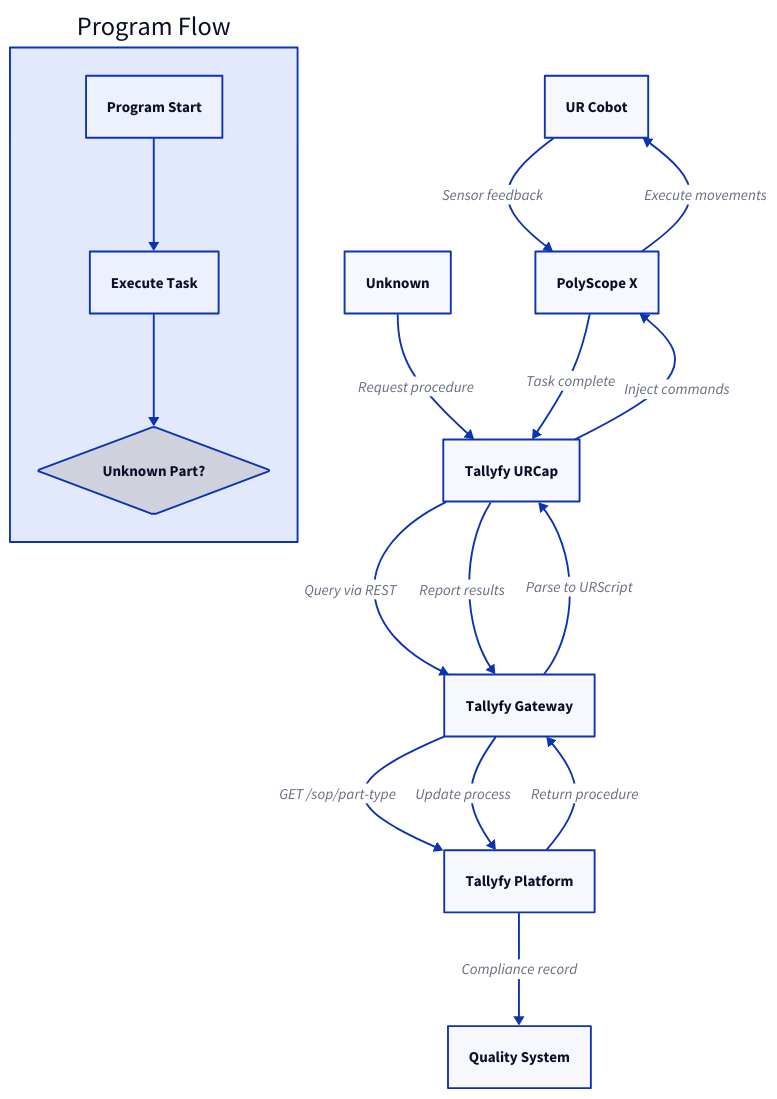
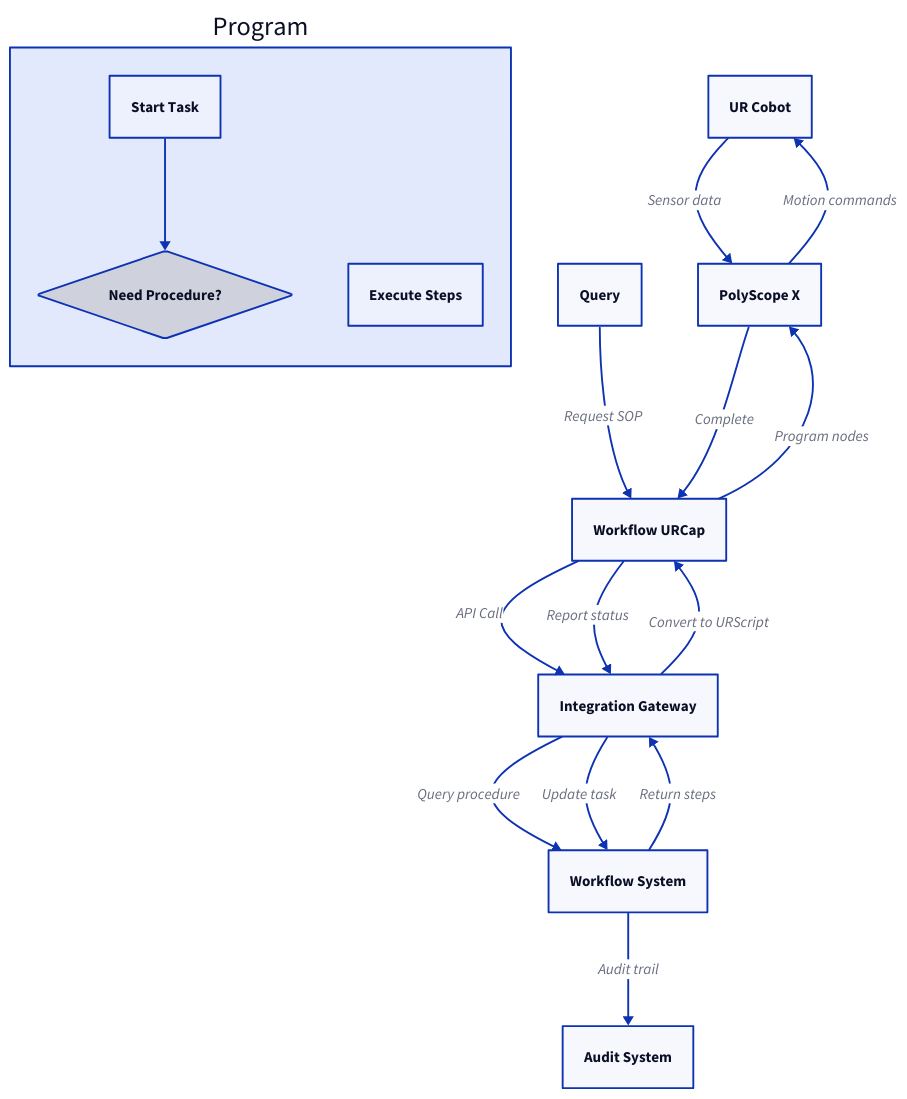
Before and after one commit to tallyfy/documentation: the diagram in src/content/docs/pro/integrations/robotics/universal-robots.mdx, drawn with D2. The commit also changed other lines of this file and 10 other files, not shown here.

````diff
--- a/src/content/docs/pro/integrations/robotics/universal-robots.mdx
+++ b/src/content/docs/pro/integrations/robotics/universal-robots.mdx
@@ -198,33 +205,32 @@
 ```d2
-UR Cobot: UR Cobot
+Robot: UR Cobot
 PolyScope: PolyScope X
-URCap: Tallyfy URCap
-Middleware: Tallyfy Gateway
-Tallyfy: Tallyfy Platform
-Quality: Quality System
+URCap: Workflow URCap
+Gateway: Integration Gateway
+Workflow: Workflow System
+Logging: Audit System
 
-Program Flow: {
-  Start: Program Start
-  Task: Execute Task
-  Unknown: Unknown Part? {
+Program: {
+  Start: Start Task
+  Query: Need Procedure? {
     shape: diamond
   }
-  
-  Start -> Task
-  Task -> Unknown
+  Execute: Execute Steps
+
+  Start -> Query
 }
 
-Unknown -> URCap: Request procedure
-URCap -> Middleware: Query via REST
-Middleware -> Tallyfy: GET /sop/part-type
-Tallyfy -> Middleware: Return procedure
-Middleware -> URCap: Parse to URScript
-URCap -> PolyScope: Inject commands
+Query -> URCap: Request SOP
+URCap -> Gateway: API Call
+Gateway -> Workflow: Query procedure
+Workflow -> Gateway: Return steps
+Gateway -> URCap: Convert to URScript
+URCap -> PolyScope: Program nodes
 
-PolyScope -> UR Cobot: Execute movements
-UR Cobot -> PolyScope: Sensor feedback
-PolyScope -> URCap: Task complete
-URCap -> Middleware: Report results
-Middleware -> Tallyfy: Update process
-Tallyfy -> Quality: Compliance record
+PolyScope -> Robot: Motion commands
+Robot -> PolyScope: Sensor data
+PolyScope -> URCap: Complete
+URCap -> Gateway: Report status
+Gateway -> Workflow: Update task
+Workflow -> Logging: Audit trail
 ```
````
